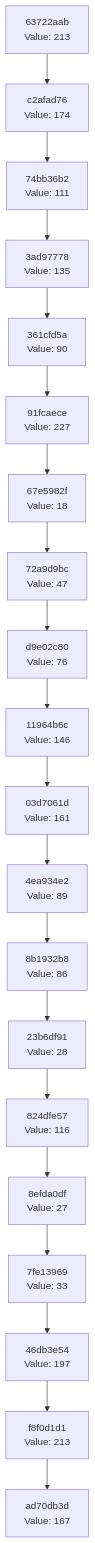
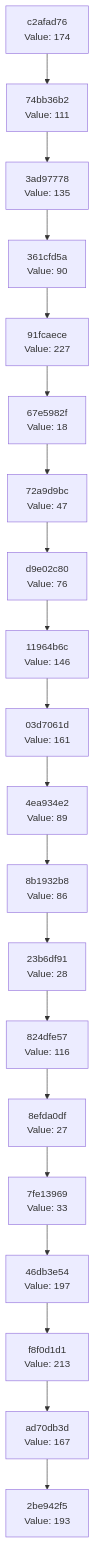
Before and after one commit to Abhisheksinha1506/hash-chain-evolver: the diagram in docs/CHAIN_VISUALIZATION.md, drawn with Mermaid. The commit also changed 1 other file, not shown here.

Commit message:
Evolution Step

````diff
--- a/docs/CHAIN_VISUALIZATION.md
+++ b/docs/CHAIN_VISUALIZATION.md
@@ -3,42 +3,42 @@
 ```mermaid
 graph TD
-    C0["ad70db3d<br/>Value: 167"]
-    C1["f8f0d1d1<br/>Value: 213"]
+    C0["2be942f5<br/>Value: 193"]
+    C1["ad70db3d<br/>Value: 167"]
     C1 --> C0
-    C2["46db3e54<br/>Value: 197"]
+    C2["f8f0d1d1<br/>Value: 213"]
     C2 --> C1
-    C3["7fe13969<br/>Value: 33"]
+    C3["46db3e54<br/>Value: 197"]
     C3 --> C2
-    C4["8efda0df<br/>Value: 27"]
+    C4["7fe13969<br/>Value: 33"]
     C4 --> C3
-    C5["824dfe57<br/>Value: 116"]
+    C5["8efda0df<br/>Value: 27"]
     C5 --> C4
-    C6["23b6df91<br/>Value: 28"]
+    C6["824dfe57<br/>Value: 116"]
     C6 --> C5
-    C7["8b1932b8<br/>Value: 86"]
+    C7["23b6df91<br/>Value: 28"]
     C7 --> C6
-    C8["4ea934e2<br/>Value: 89"]
+    C8["8b1932b8<br/>Value: 86"]
     C8 --> C7
-    C9["03d7061d<br/>Value: 161"]
+    C9["4ea934e2<br/>Value: 89"]
     C9 --> C8
-    C10["11964b6c<br/>Value: 146"]
+    C10["03d7061d<br/>Value: 161"]
     C10 --> C9
-    C11["d9e02c80<br/>Value: 76"]
+    C11["11964b6c<br/>Value: 146"]
     C11 --> C10
-    C12["72a9d9bc<br/>Value: 47"]
+    C12["d9e02c80<br/>Value: 76"]
     C12 --> C11
-    C13["67e5982f<br/>Value: 18"]
+    C13["72a9d9bc<br/>Value: 47"]
     C13 --> C12
-    C14["91fcaece<br/>Value: 227"]
+    C14["67e5982f<br/>Value: 18"]
     C14 --> C13
-    C15["361cfd5a<br/>Value: 90"]
+    C15["91fcaece<br/>Value: 227"]
     C15 --> C14
-    C16["3ad97778<br/>Value: 135"]
+    C16["361cfd5a<br/>Value: 90"]
     C16 --> C15
-    C17["74bb36b2<br/>Value: 111"]
+    C17["3ad97778<br/>Value: 135"]
     C17 --> C16
-    C18["c2afad76<br/>Value: 174"]
+    C18["74bb36b2<br/>Value: 111"]
     C18 --> C17
-    C19["63722aab<br/>Value: 213"]
+    C19["c2afad76<br/>Value: 174"]
     C19 --> C18
 ```
````
